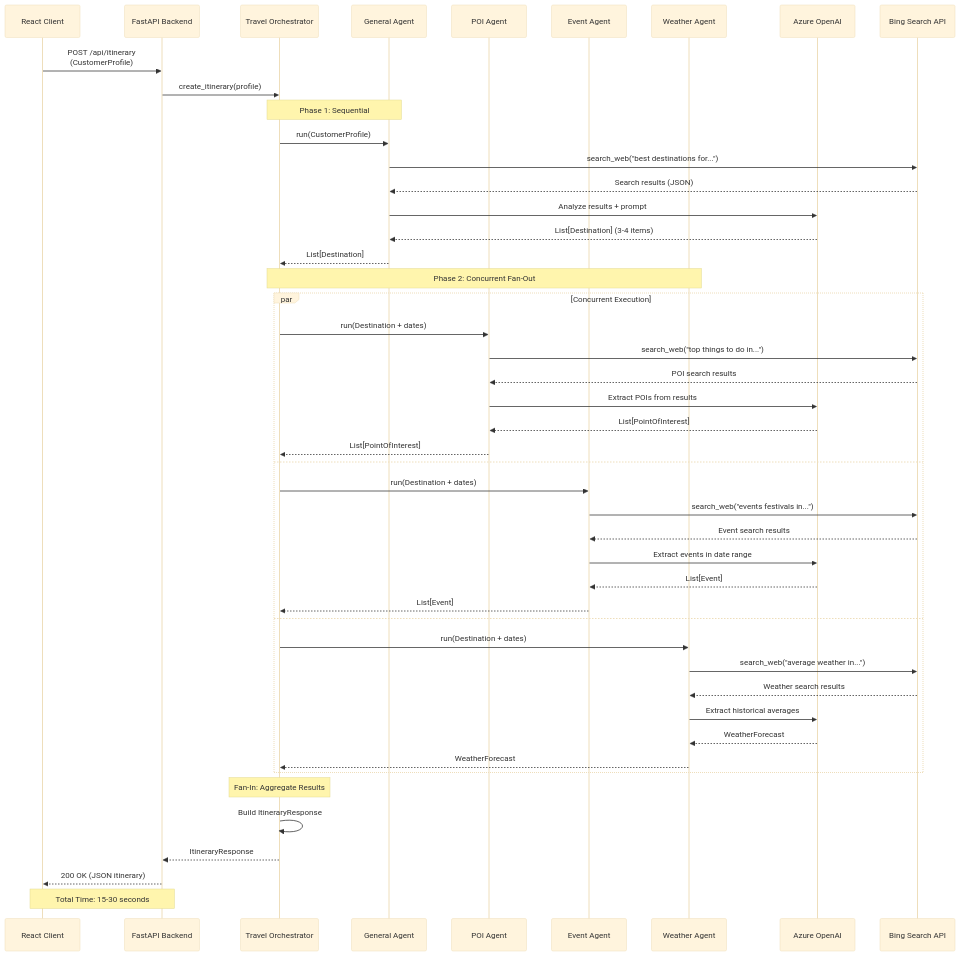
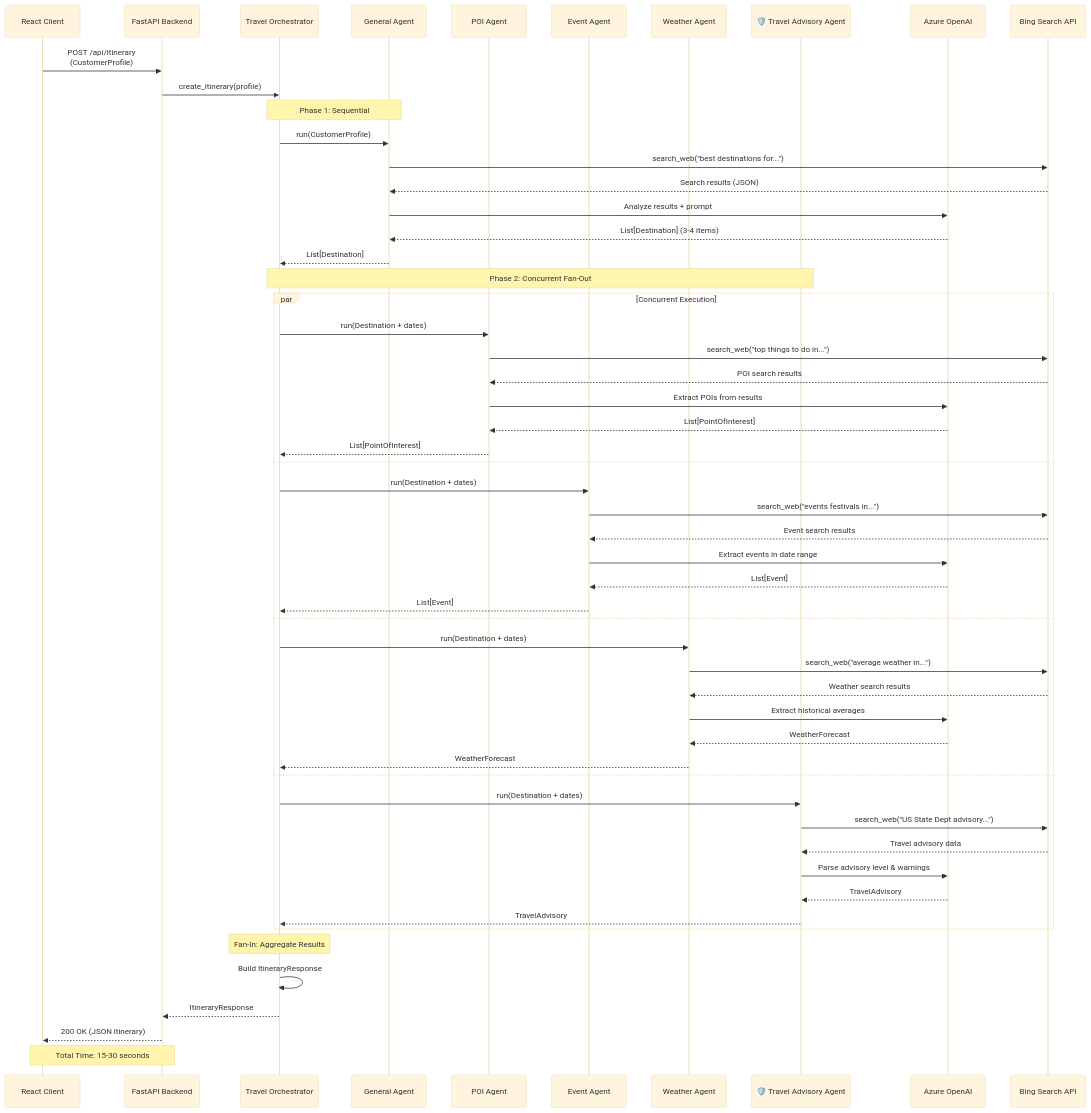
One commit to dmd0822/boston-code-camp-40 changed the third of 9 diagrams in docs/diagrams.md. Above: the diagram before and after it, drawn with Mermaid (base theme). The commit also changed other lines of this file and 21 other files, not shown here.

````diff
--- a/docs/diagrams.md
+++ b/docs/diagrams.md
@@ -147,54 +153,62 @@
 ```mermaid
 sequenceDiagram
     participant Client as React Client
     participant API as FastAPI Backend
     participant Orch as Travel Orchestrator
     participant Gen as General Agent
     participant POI as POI Agent
     participant Event as Event Agent
     participant Weather as Weather Agent
+    participant Advisory as 🛡️ Travel Advisory Agent
     participant OpenAI as Azure OpenAI
     participant Bing as Bing Search API
 
     Client->>API: POST /api/itinerary<br/>(CustomerProfile)
     API->>Orch: create_itinerary(profile)
     
     Note over Orch,Gen: Phase 1: Sequential
     Orch->>Gen: run(CustomerProfile)
     Gen->>Bing: search_web("best destinations for...")
     Bing-->>Gen: Search results (JSON)
     Gen->>OpenAI: Analyze results + prompt
     OpenAI-->>Gen: List[Destination] (3-4 items)
     Gen-->>Orch: List[Destination]
     
-    Note over Orch,Weather: Phase 2: Concurrent Fan-Out
+    Note over Orch,Advisory: Phase 2: Concurrent Fan-Out
     par Concurrent Execution
         Orch->>POI: run(Destination + dates)
         POI->>Bing: search_web("top things to do in...")
         Bing-->>POI: POI search results
         POI->>OpenAI: Extract POIs from results
         OpenAI-->>POI: List[PointOfInterest]
         POI-->>Orch: List[PointOfInterest]
     and
         Orch->>Event: run(Destination + dates)
         Event->>Bing: search_web("events festivals in...")
         Bing-->>Event: Event search results
         Event->>OpenAI: Extract events in date range
         OpenAI-->>Event: List[Event]
         Event-->>Orch: List[Event]
     and
         Orch->>Weather: run(Destination + dates)
         Weather->>Bing: search_web("average weather in...")
         Bing-->>Weather: Weather search results
         Weather->>OpenAI: Extract historical averages
         OpenAI-->>Weather: WeatherForecast
         Weather-->>Orch: WeatherForecast
+    and
+        Orch->>Advisory: run(Destination + dates)
+        Advisory->>Bing: search_web("US State Dept advisory...")
+        Bing-->>Advisory: Travel advisory data
+        Advisory->>OpenAI: Parse advisory level & warnings
+        OpenAI-->>Advisory: TravelAdvisory
+        Advisory-->>Orch: TravelAdvisory
     end
     
     Note over Orch: Fan-In: Aggregate Results
     Orch->>Orch: Build ItineraryResponse
     Orch-->>API: ItineraryResponse
     API-->>Client: 200 OK (JSON itinerary)
     
     Note over Client,API: Total Time: 15-30 seconds
 ```
````
